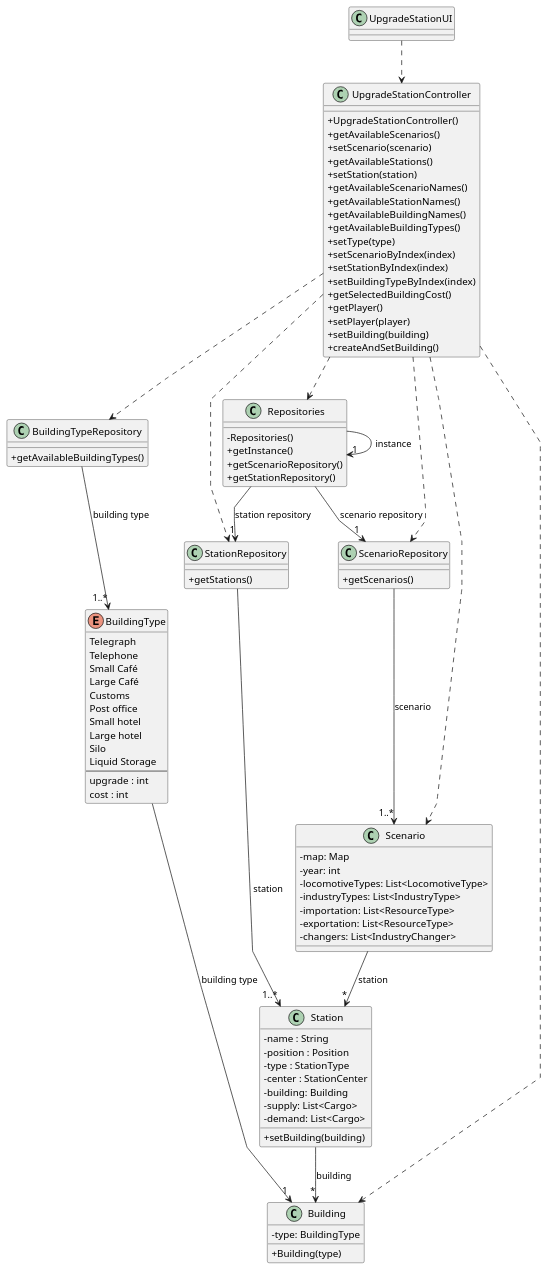
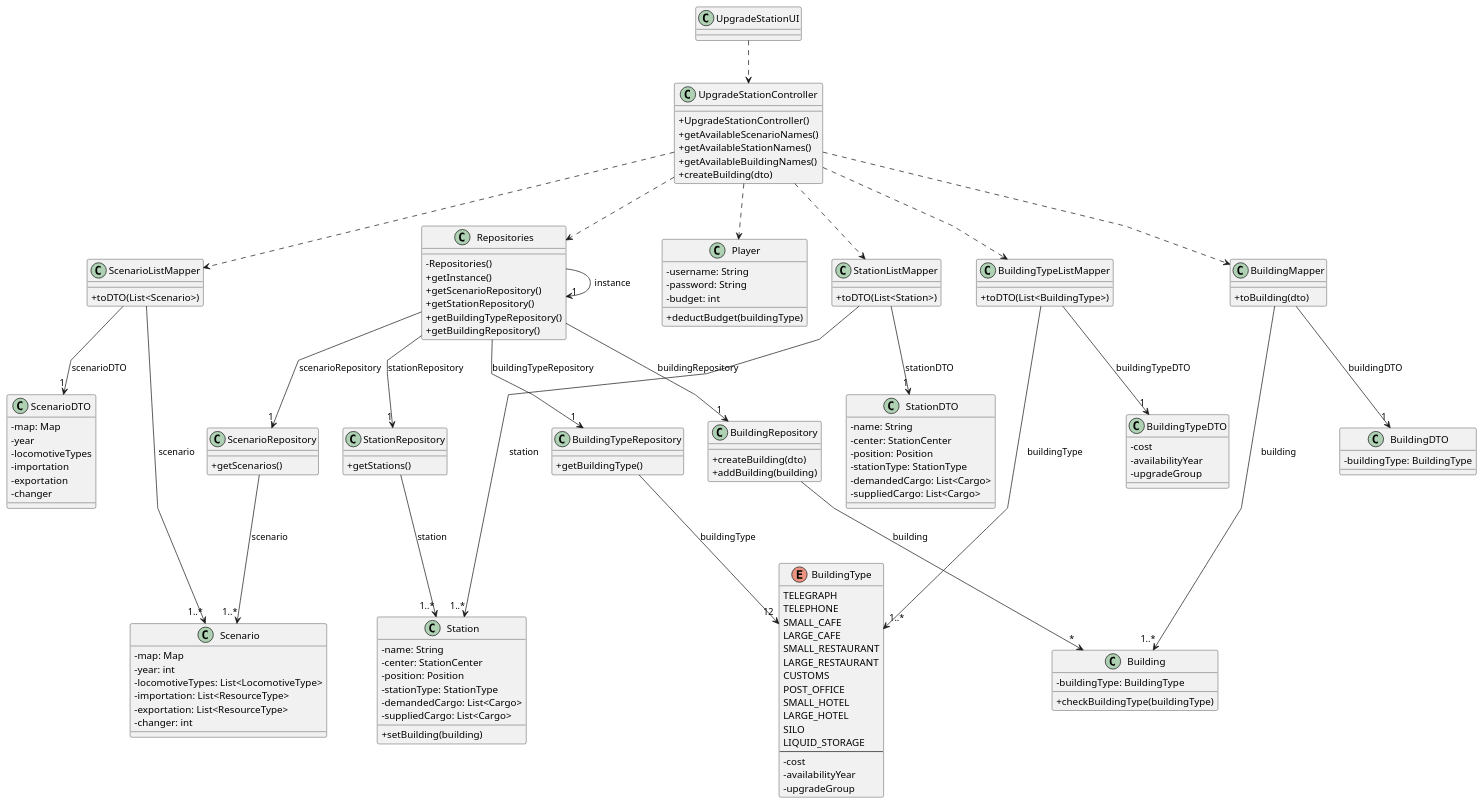
The diagram in Sprint3/US006/03.design/puml/US006-CD.puml (1240935/pi2-railway-simulator), drawn with PlantUML before and after one commit. The commit also changed 7 other files, not shown here.

```diff
--- a/Sprint3/US006/03.design/puml/US006-CD.puml
+++ b/Sprint3/US006/03.design/puml/US006-CD.puml
@@ -1,120 +1,172 @@
 @startuml
 'skinparam monochrome true
 skinparam packageStyle rectangle
 skinparam shadowing false
 skinparam linetype polyline
 'skinparam linetype orto
 
 skinparam classAttributeIconSize 0
 
 'left to right direction
 
-class UpgradeStationUI {
+class UpgradeStationUI
+
+class UpgradeStationController {
+  + UpgradeStationController()
+  + getAvailableScenarioNames()
+  + getAvailableStationNames()
+  + getAvailableBuildingNames()
+  + createBuilding(dto)
 }
 
-class UpgradeStationController {
-    + UpgradeStationController()
-    + getAvailableScenarios()
-    + setScenario(scenario)
-    + getAvailableStations()
-    + setStation(station)
-    + getAvailableScenarioNames()
-    + getAvailableStationNames()
-    + getAvailableBuildingNames()
-    + getAvailableBuildingTypes()
-    + setType(type)
-    + setScenarioByIndex(index)
-    + setStationByIndex(index)
-    + setBuildingTypeByIndex(index)
-    + getSelectedBuildingCost()
-    + getPlayer()
-    + setPlayer(player)
-    + setBuilding(building)
-    + createAndSetBuilding()
+class Player {
+    - username: String
+    - password: String
+    - budget: int
+  + deductBudget(buildingType)
+}
+
+class Scenario{
+    - map: Map
+    - year: int
+    - locomotiveTypes: List<LocomotiveType>
+    - importation: List<ResourceType>
+    - exportation: List<ResourceType>
+    - changer: int
+}
+
+class Station {
+    -name: String
+    -center: StationCenter
+    -position: Position
+    -stationType: StationType
+    -demandedCargo: List<Cargo>
+    -suppliedCargo: List<Cargo>
+  + setBuilding(building)
+}
+
+class Building {
+  - buildingType: BuildingType
+  + checkBuildingType(buildingType)
+}
+
+enum BuildingType {
+  TELEGRAPH
+  TELEPHONE
+  SMALL_CAFE
+  LARGE_CAFE
+  SMALL_RESTAURANT
+  LARGE_RESTAURANT
+  CUSTOMS
+  POST_OFFICE
+  SMALL_HOTEL
+  LARGE_HOTEL
+  SILO
+  LIQUID_STORAGE
+  --
+  -cost
+  -availabilityYear
+  -upgradeGroup
+}
+
+class ScenarioDTO {
+  - map: Map
+  - year
+  - locomotiveTypes
+  - importation
+  - exportation
+  - changer
+}
+
+class StationDTO {
+  -name: String
+      -center: StationCenter
+      -position: Position
+      -stationType: StationType
+      -demandedCargo: List<Cargo>
+      -suppliedCargo: List<Cargo>
+}
+
+class BuildingTypeDTO {
+  - cost
+  - availabilityYear
+  - upgradeGroup
+}
+
+class BuildingDTO {
+    -buildingType: BuildingType
+}
+
+class Repositories {
+  - Repositories()
+  + getInstance()
+  + getScenarioRepository()
+  + getStationRepository()
+  + getBuildingTypeRepository()
+  + getBuildingRepository()
 }
 
 class ScenarioRepository {
-    + getScenarios()
+  + getScenarios()
 }
 
 class StationRepository {
-    + getStations()
+  + getStations()
+ }
+
+class BuildingTypeRepository {
+  + getBuildingType()
 }
 
-class Repositories {
-    - Repositories()
-    + getInstance()
-    + getScenarioRepository()
-    + getStationRepository()
+class BuildingRepository {
+  + createBuilding(dto)
+  + addBuilding(building)
 }
 
-class BuildingTypeRepository{
-    +getAvailableBuildingTypes()
+class ScenarioListMapper {
+  + toDTO(List<Scenario>)
 }
 
-enum BuildingType {
-    Telegraph
-    Telephone
-    Small Café
-    Large Café
-    Customs
-    Post office
-    Small hotel
-    Large hotel
-    Silo
-    Liquid Storage
-    --
-    upgrade : int
-    cost : int
+class StationListMapper {
+  + toDTO(List<Station>)
 }
 
-class Building {
-    -type: BuildingType
-    + Building(type)
+class BuildingTypeListMapper {
+  + toDTO(List<BuildingType>)
 }
 
-class Station{
-    -name : String
-    -position : Position
-    -type : StationType
-    -center : StationCenter
-    -building: Building
-    -supply: List<Cargo>
-    -demand: List<Cargo>
-    +setBuilding(building)
+class BuildingMapper {
+  + toBuilding(dto)
 }
-
-class Scenario {
-    -map: Map
-    -year: int
-    -locomotiveTypes: List<LocomotiveType>
-    -industryTypes: List<IndustryType>
-    -importation: List<ResourceType>
-    -exportation: List<ResourceType>
-    -changers: List<IndustryChanger>
-}
-
 
 UpgradeStationUI ..> UpgradeStationController
 
 UpgradeStationController ..> Repositories
-UpgradeStationController ..> ScenarioRepository
-UpgradeStationController ..> StationRepository
-UpgradeStationController ..> Building
-UpgradeStationController ..> Scenario
-UpgradeStationController ..> BuildingTypeRepository
+UpgradeStationController ..> ScenarioListMapper
+UpgradeStationController ..> StationListMapper
+UpgradeStationController ..> BuildingTypeListMapper
+UpgradeStationController ..> BuildingMapper
+UpgradeStationController ..> Player
 
-ScenarioRepository --> "1..*" Scenario  : scenario
-StationRepository --> "1..*" Station  : station
+Repositories -> "1" Repositories : instance
+Repositories --> "1" ScenarioRepository: scenarioRepository
+Repositories --> "1" StationRepository: stationRepository
+Repositories --> "1" BuildingTypeRepository: buildingTypeRepository
+Repositories --> "1" BuildingRepository: buildingRepository
 
-BuildingTypeRepository --> "1..*" BuildingType : building type
-Scenario --> "*" Station : station
-Station --> "*" Building : building
-
-Repositories --> "1" ScenarioRepository : scenario repository
-Repositories --> "1" Repositories : instance
-Repositories --> "1" StationRepository : station repository
-BuildingType --> "1" Building : building type
+StationRepository --> "1..*" Station: station
+ScenarioRepository --> "1..*" Scenario: scenario
+BuildingTypeRepository --> "12" BuildingType: buildingType
+BuildingRepository --> "*" Building: building
 
 
+ScenarioListMapper --> "1" ScenarioDTO: scenarioDTO
+ScenarioListMapper --> "1..*" Scenario: scenario
+StationListMapper --> "1" StationDTO: stationDTO
+StationListMapper --> "1..*" Station: station
+BuildingTypeListMapper --> "1" BuildingTypeDTO: buildingTypeDTO
+BuildingTypeListMapper --> "1..*" BuildingType: buildingType
+BuildingMapper --> "1..*" Building: building
+BuildingMapper --> "1" BuildingDTO: buildingDTO
+
 @enduml
```
